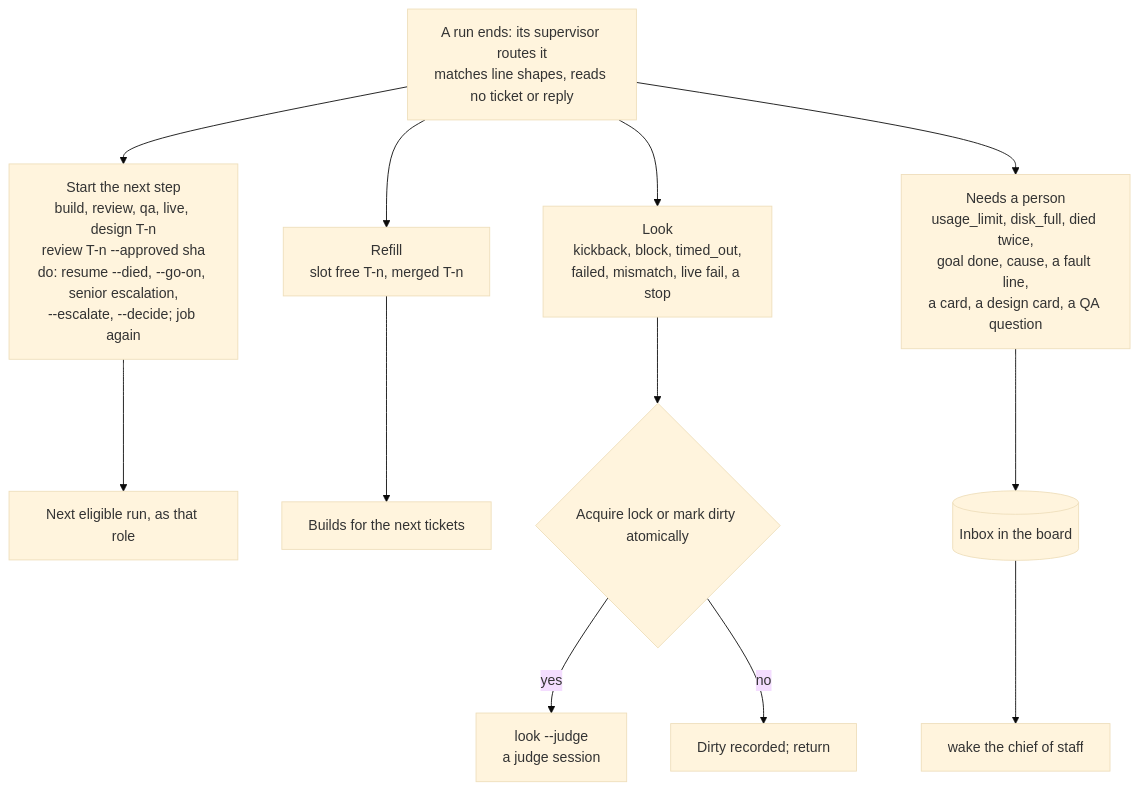
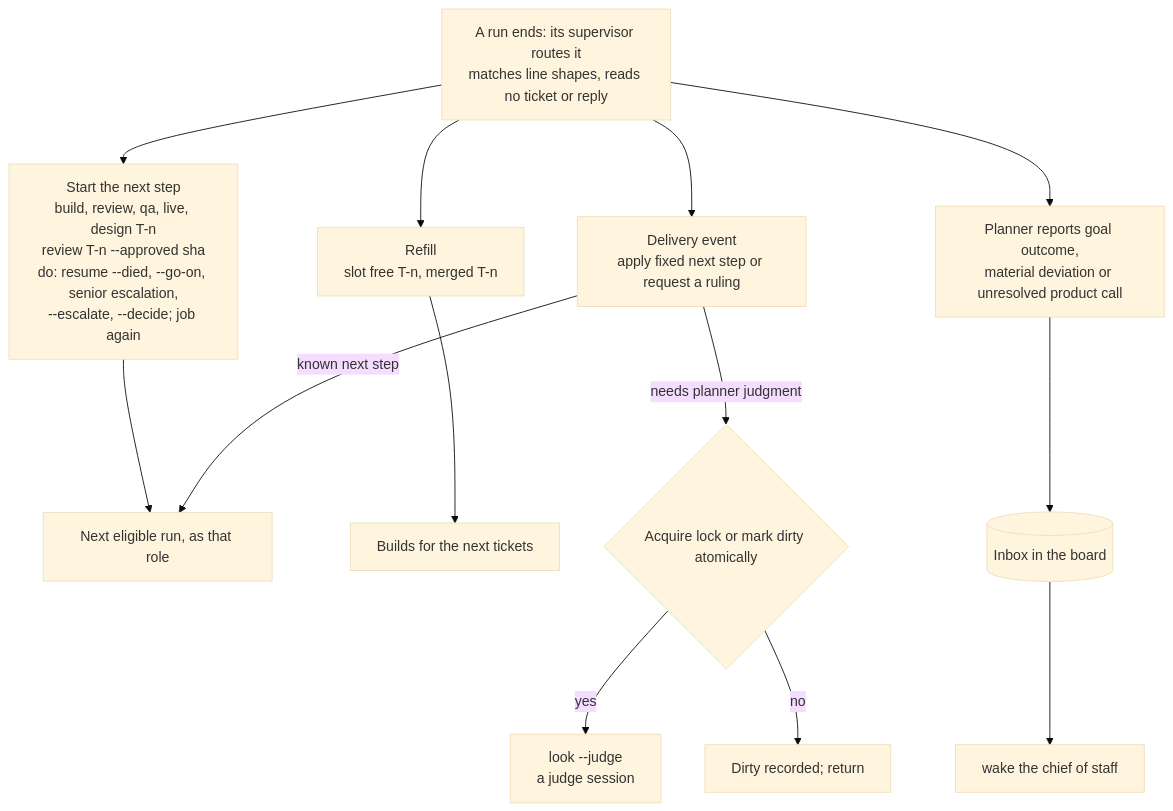
One commit to ProlesDei/maestro changed the second of 7 diagrams in docs/design/t3-runtime.md. Above: the diagram before and after it, drawn with Mermaid (base theme). The commit also changed other lines of this file, not shown here.

Commit message:
Plan concurrent chief sessions and give delivery to the planner

````diff
--- a/docs/design/t3-runtime.md
+++ b/docs/design/t3-runtime.md
@@ -85,15 +86,16 @@
 ```mermaid
 flowchart TD
   END["A run ends: its supervisor routes it<br/>matches line shapes, reads no ticket or reply"]
   END --> A["Start the next step<br/>build, review, qa, live, design T-n<br/>review T-n --approved sha<br/>do: resume --died, --go-on, senior escalation,<br/>--escalate, --decide; job again"]
   END --> B["Refill<br/>slot free T-n, merged T-n"]
-  END --> C["Look<br/>kickback, block, timed_out,<br/>failed, mismatch, live fail, a stop"]
-  END --> D["Needs a person<br/>usage_limit, disk_full, died twice,<br/>goal done, cause, a fault line,<br/>a card, a design card, a QA question"]
+  END --> C["Delivery event<br/>apply fixed next step or request a ruling"]
+  END --> D["Planner reports goal outcome,<br/>material deviation or unresolved product call"]
   A --> RUN["Next eligible run, as that role"]
   B --> FILL["Builds for the next tickets"]
-  C --> LOCK{"Acquire lock or mark dirty atomically"}
+  C -->|"known next step"| RUN
+  C -->|"needs planner judgment"| LOCK{"Acquire lock or mark dirty atomically"}
   LOCK -- yes --> JUDGE["look --judge<br/>a judge session"]
   LOCK -- no --> DIRTY["Dirty recorded; return"]
   D --> INBOX[("Inbox in the board")]
   INBOX --> WAKE["wake the chief of staff"]
 ```
````
